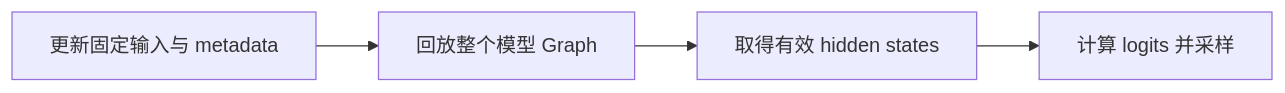
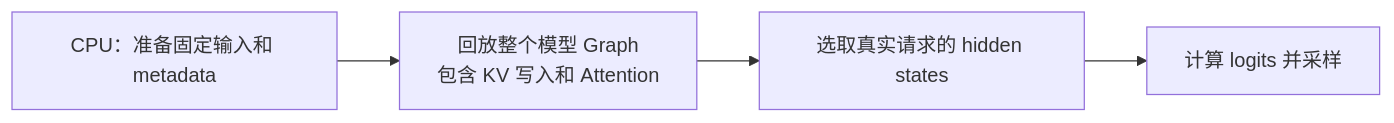
The second of 4 diagrams in docs/cudagraph/overview.md (crashingby/my-nano-vllm), drawn with Mermaid before and after one commit. The commit also changed other lines of this file and 40 other files, not shown here.

````diff
--- a/docs/cudagraph/overview.md
+++ b/docs/cudagraph/overview.md
@@ -127,6 +347,6 @@
 ```mermaid
 flowchart LR
-    A["更新固定输入与 metadata"] --> B["回放整个模型 Graph"]
-    B --> C["取得有效 hidden states"]
+    A["CPU：准备固定输入和 metadata"] --> B["回放整个模型 Graph<br>包含 KV 写入和 Attention"]
+    B --> C["选取真实请求的 hidden states"]
     C --> D["计算 logits 并采样"]
 ```
````
